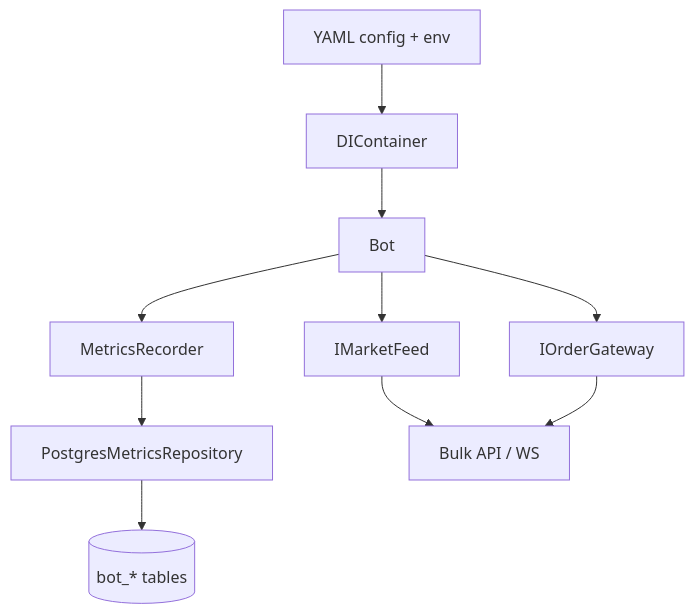
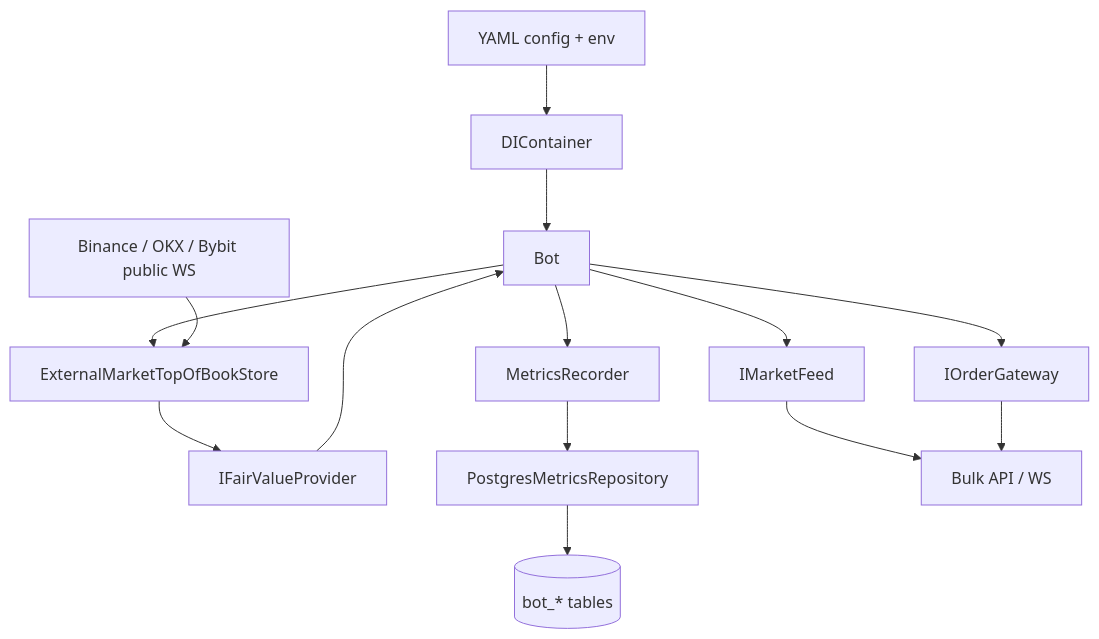
The first of 5 diagrams in docs/ARCHITECTURE.md (posaune0423/simple-mm-bot), drawn with Mermaid before and after one commit. The commit also changed other lines of this file and 78 other files, not shown here.

Commit message:
feat: add external fair market data support

````diff
--- a/docs/ARCHITECTURE.md
+++ b/docs/ARCHITECTURE.md
@@ -7,13 +7,17 @@
 ```mermaid
 flowchart TD
     Config["YAML config + env"] --> DI["DIContainer"]
     DI --> Bot["Bot"]
     Bot --> Feed["IMarketFeed"]
     Bot --> Gateway["IOrderGateway"]
     Bot --> Metrics["MetricsRecorder"]
+    Bot --> ExternalStore["ExternalMarketTopOfBookStore"]
+    ExternalStore --> FairValue["IFairValueProvider"]
+    FairValue --> Bot
     Metrics --> BotRepo["PostgresMetricsRepository"]
     BotRepo --> BotTables[("bot_* tables")]
 
     Feed --> BulkAPI["Bulk API / WS"]
     Gateway --> BulkAPI
+    ExternalCEX["Binance / OKX / Bybit public WS"] --> ExternalStore
 ```
````
